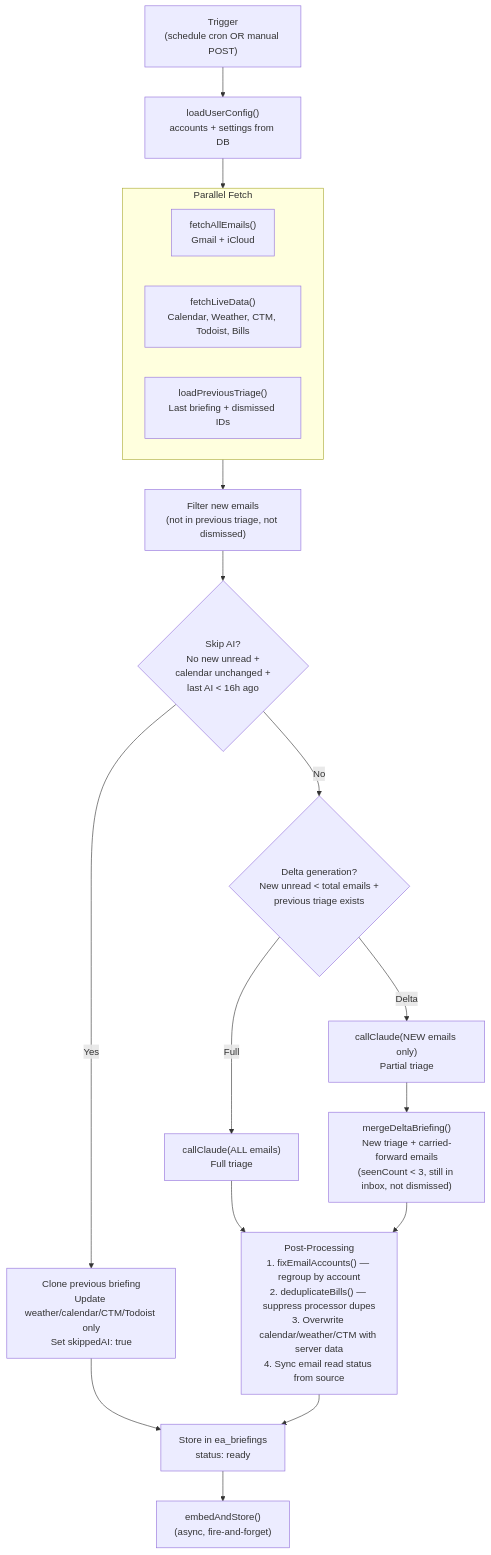
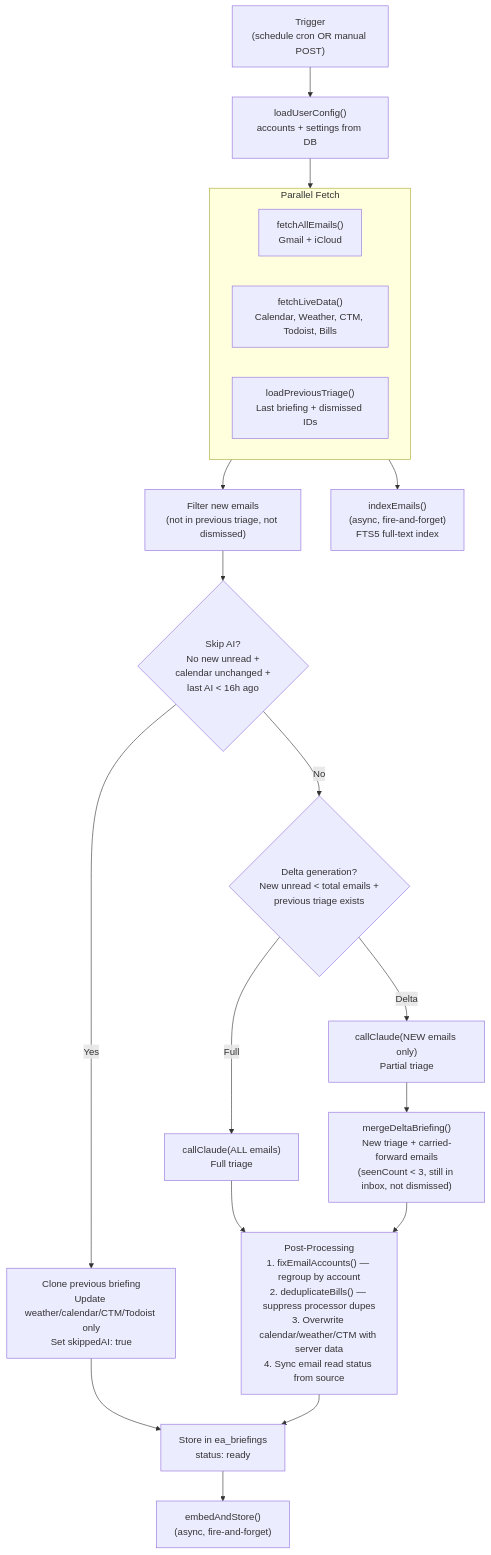
One commit to ansidian/ea-dashboard changed the sixth of 7 diagrams in ARCHITECTURE.md. Above: the diagram before and after it, drawn with Mermaid. The commit also changed other lines of this file and 1 other file, not shown here.

Commit message:
docs: add email search index to architecture and readme

````diff
--- a/ARCHITECTURE.md
+++ b/ARCHITECTURE.md
@@ -310,39 +312,42 @@
 ```mermaid
 flowchart TD
     Trigger["Trigger<br/>(schedule cron OR manual POST)"]
     Config["loadUserConfig()<br/>accounts + settings from DB"]
     
     subgraph Parallel["Parallel Fetch"]
         Emails["fetchAllEmails()<br/>Gmail + iCloud"]
         Live["fetchLiveData()<br/>Calendar, Weather, CTM, Todoist, Bills"]
         Prev["loadPreviousTriage()<br/>Last briefing + dismissed IDs"]
     end
 
     Filter["Filter new emails<br/>(not in previous triage, not dismissed)"]
     
     Skip{"Skip AI?<br/>No new unread +<br/>calendar unchanged +<br/>last AI < 16h ago"}
     
     Clone["Clone previous briefing<br/>Update weather/calendar/CTM/Todoist only<br/>Set skippedAI: true"]
     
     Delta{"Delta generation?<br/>New unread < total emails +<br/>previous triage exists"}
 
     ClaudeFull["callClaude(ALL emails)<br/>Full triage"]
     ClaudeDelta["callClaude(NEW emails only)<br/>Partial triage"]
     
     Merge["mergeDeltaBriefing()<br/>New triage + carried-forward emails<br/>(seenCount < 3, still in inbox, not dismissed)"]
 
     PostProcess["Post-Processing<br/>1. fixEmailAccounts() — regroup by account<br/>2. deduplicateBills() — suppress processor dupes<br/>3. Overwrite calendar/weather/CTM with server data<br/>4. Sync email read status from source"]
 
+    Index["indexEmails()<br/>(async, fire-and-forget)<br/>FTS5 full-text index"]
+
     Store["Store in ea_briefings<br/>status: ready"]
     Embed["embedAndStore()<br/>(async, fire-and-forget)"]
 
     Trigger --> Config --> Parallel
+    Parallel --> Index
     Parallel --> Filter
     Filter --> Skip
     Skip -->|Yes| Clone --> Store
     Skip -->|No| Delta
     Delta -->|Full| ClaudeFull --> PostProcess
     Delta -->|Delta| ClaudeDelta --> Merge --> PostProcess
     PostProcess --> Store
     Store --> Embed
 ```
````
